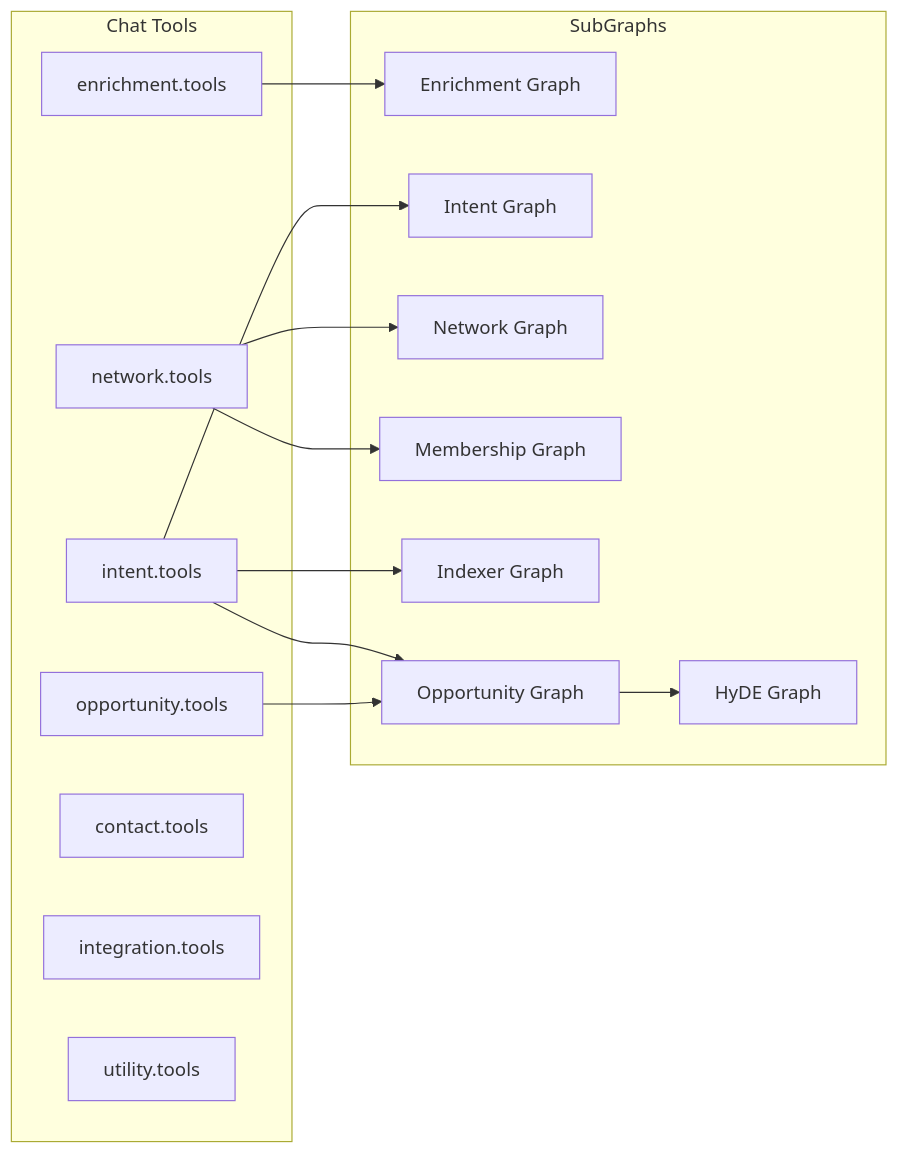
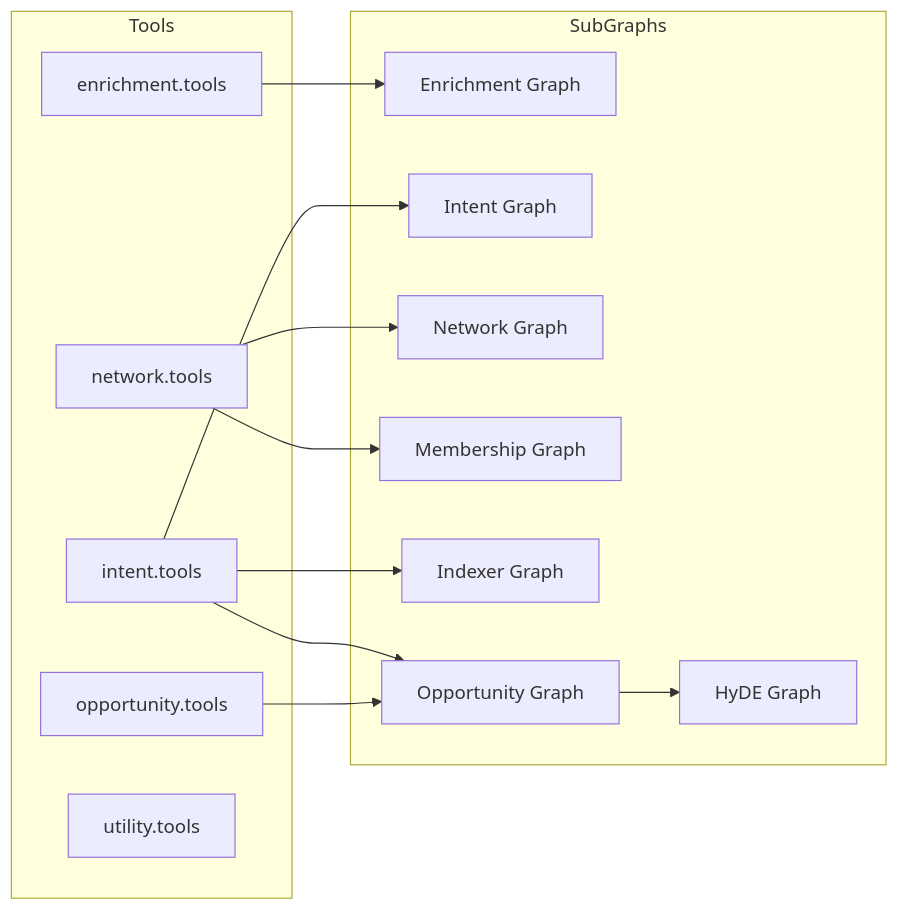
Before and after one commit to indexnetwork/index: the second of 2 diagrams in packages/protocol/src/README.md, drawn with Mermaid. The commit also changed other lines of this file and 293 other files, not shown here.

````diff
--- a/packages/protocol/src/README.md
+++ b/packages/protocol/src/README.md
@@ -250,31 +164,29 @@
 ```mermaid
 flowchart LR
-    subgraph tools [Chat Tools]
+    subgraph tools [Tools]
         PT[enrichment.tools]
         IT[intent.tools]
         IdxT[network.tools]
         OT[opportunity.tools]
-        CT[contact.tools]
-        IntT[integration.tools]
         UT[utility.tools]
     end
 
     subgraph graphs [SubGraphs]
         PG[Enrichment Graph]
         IG[Intent Graph]
         IxG[Network Graph]
         IMG[Membership Graph]
         IIG[Indexer Graph]
         OG[Opportunity Graph]
         HG[HyDE Graph]
     end
 
     PT --> PG
     IT --> IG
     IT --> IIG
     IT --> OG
     IdxT --> IxG
     IdxT --> IMG
     OT --> OG
     OG --> HG
 ```
````
